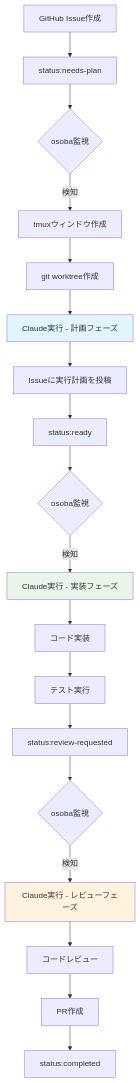
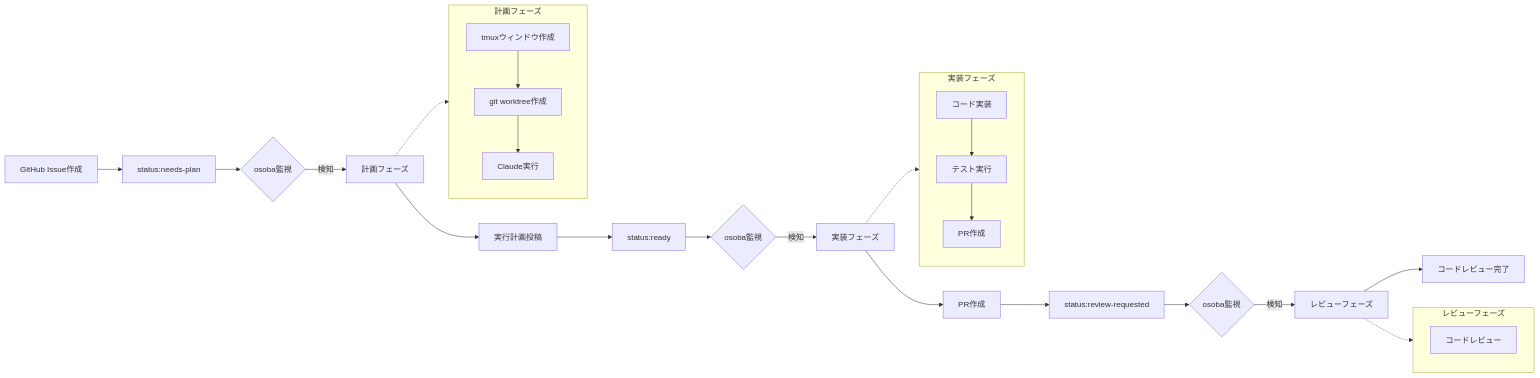
One commit to douhashi/osoba changed the diagram in README.md. Above: the diagram before and after it, drawn with Mermaid. The commit also changed other lines of this file, not shown here.

````diff
--- a/README.md
+++ b/README.md
@@ -98,26 +98,40 @@
 ```mermaid
-graph TB
+flowchart LR
     A[GitHub Issue作成] --> B[status:needs-plan]
     B --> C{osoba監視}
-    C -->|検知| D[tmuxウィンドウ作成]
-    D --> E[git worktree作成]
-    E --> F[Claude実行 - 計画フェーズ]
-    F --> G[Issueに実行計画を投稿]
-    G --> H[status:ready]
+    C -->|検知| D[計画フェーズ]
+    D --> E[実行計画投稿]
+    E --> F[status:ready]
     
-    H --> I{osoba監視}
-    I -->|検知| J[Claude実行 - 実装フェーズ]
-    J --> K[コード実装]
-    K --> L[テスト実行]
-    L --> M[status:review-requested]
+    F --> G{osoba監視}
+    G -->|検知| H[実装フェーズ]
+    H --> I[PR作成]
+    I --> J[status:review-requested]
     
-    M --> N{osoba監視}
-    N -->|検知| O[Claude実行 - レビューフェーズ]
-    O --> P[コードレビュー]
-    P --> Q[PR作成]
-    Q --> R[status:completed]
+    J --> K{osoba監視}
+    K -->|検知| L[レビューフェーズ]
+    L --> M[コードレビュー完了]
     
-    style F fill:#e1f5fe
-    style J fill:#e8f5e8
-    style O fill:#fff3e0
+    subgraph plan [計画フェーズ]
+        D1[tmuxウィンドウ作成]
+        D2[git worktree作成]
+        D3[Claude実行]
+        D1 --> D2 --> D3
+    end
+    
+    subgraph implement [実装フェーズ]
+        H1[コード実装]
+        H2[テスト実行]
+        H3[PR作成]
+        H1 --> H2 --> H3
+    end
+    
+    subgraph review [レビューフェーズ]
+        L1[コードレビュー]
+        L1
+    end
+    
+    D -.-> plan
+    H -.-> implement
+    L -.-> review
 ```
````
